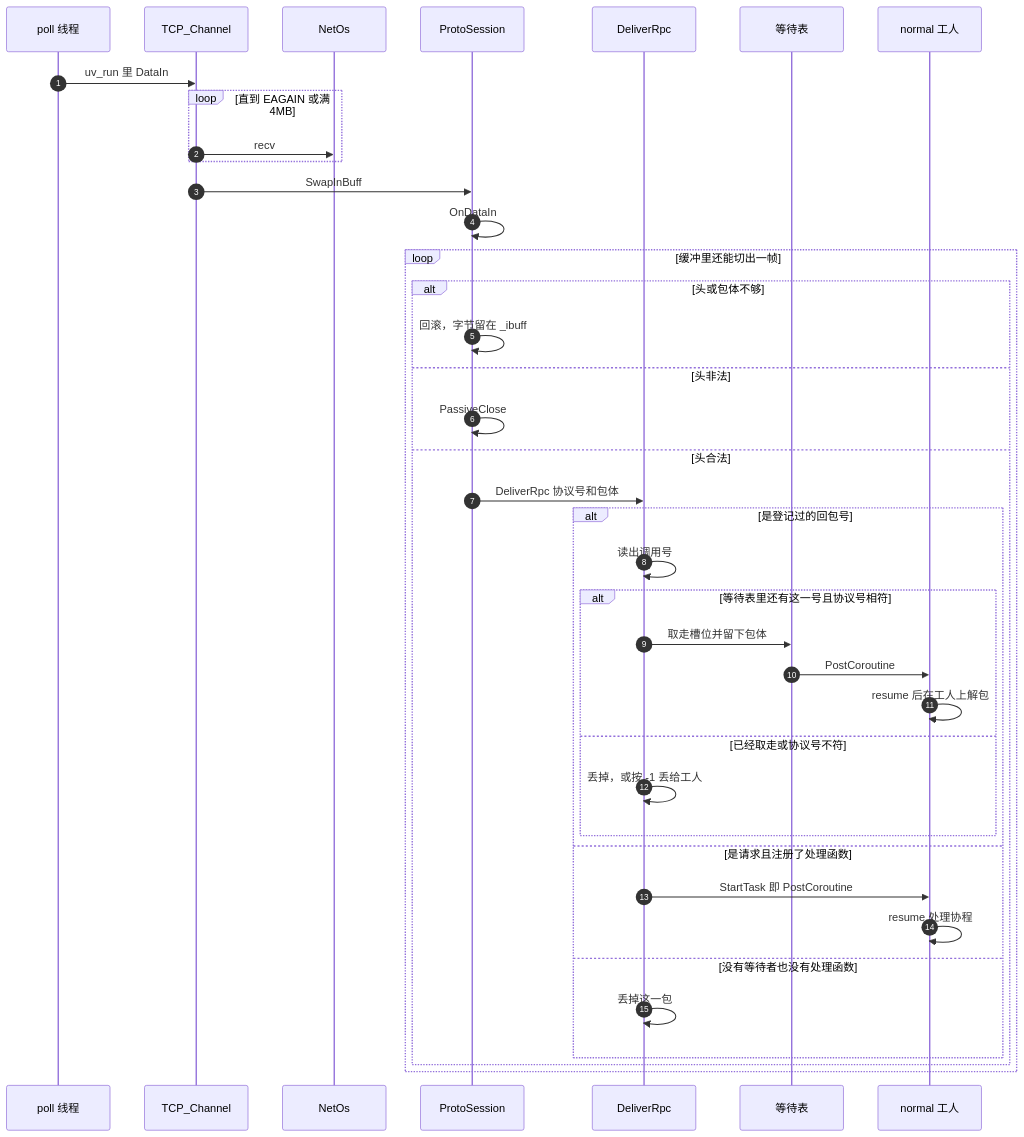
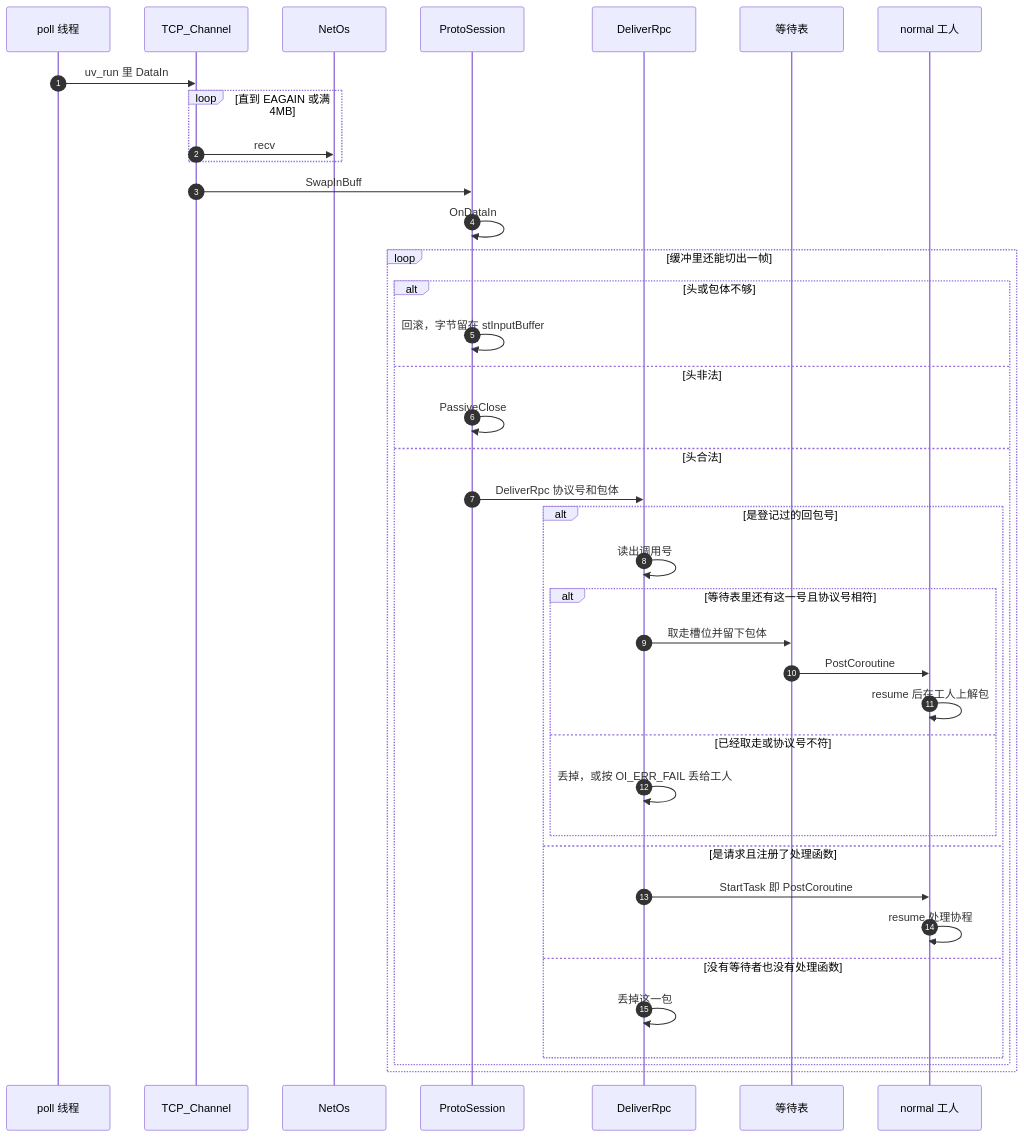
One commit to orikiaru/openidea changed the diagram in docs/sequence-diagram/multi-thread/receive.md. Above: the diagram before and after it, drawn with Mermaid. The commit also changed 48 other files, not shown here.

````diff
--- a/docs/sequence-diagram/multi-thread/receive.md
+++ b/docs/sequence-diagram/multi-thread/receive.md
@@ -7,42 +7,42 @@
 ```mermaid
 sequenceDiagram
     autonumber
     participant Poll as poll 线程
     participant Tcp as TCP_Channel
     participant Os as NetOs
     participant Sess as ProtoSession
     participant Rpc as DeliverRpc
     participant Wait as 等待表
     participant Worker as normal 工人
 
     Poll->>Tcp: uv_run 里 DataIn
     loop 直到 EAGAIN 或满 4MB
         Tcp->>Os: recv
     end
     Tcp->>Sess: SwapInBuff
     Sess->>Sess: OnDataIn
     loop 缓冲里还能切出一帧
         alt 头或包体不够
-            Sess->>Sess: 回滚，字节留在 _ibuff
+            Sess->>Sess: 回滚，字节留在 stInputBuffer
         else 头非法
             Sess->>Sess: PassiveClose
         else 头合法
             Sess->>Rpc: DeliverRpc 协议号和包体
             alt 是登记过的回包号
                 Rpc->>Rpc: 读出调用号
                 alt 等待表里还有这一号且协议号相符
                     Rpc->>Wait: 取走槽位并留下包体
                     Wait->>Worker: PostCoroutine
                     Worker->>Worker: resume 后在工人上解包
                 else 已经取走或协议号不符
-                    Rpc->>Rpc: 丢掉，或按 -1 丢给工人
+                    Rpc->>Rpc: 丢掉，或按 OI_ERR_FAIL 丢给工人
                 end
             else 是请求且注册了处理函数
                 Rpc->>Worker: StartTask 即 PostCoroutine
                 Worker->>Worker: resume 处理协程
             else 没有等待者也没有处理函数
                 Rpc->>Rpc: 丢掉这一包
             end
         end
     end
 ```
````
